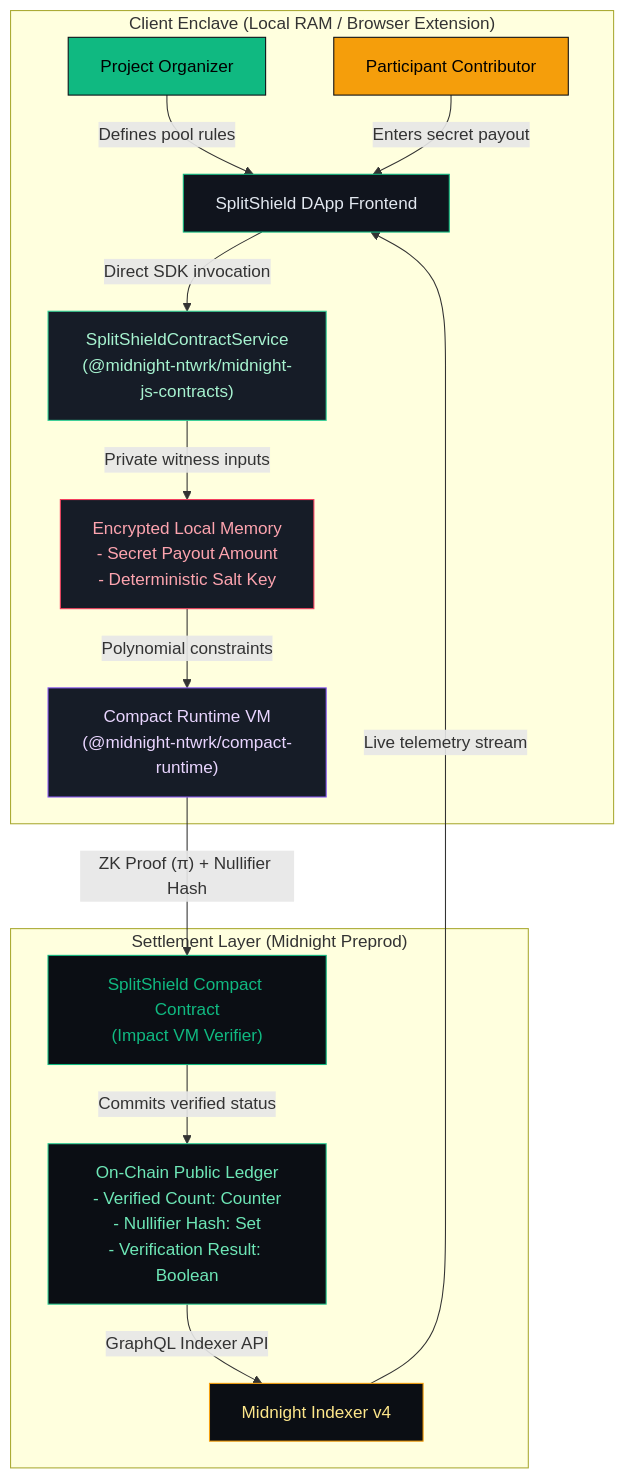
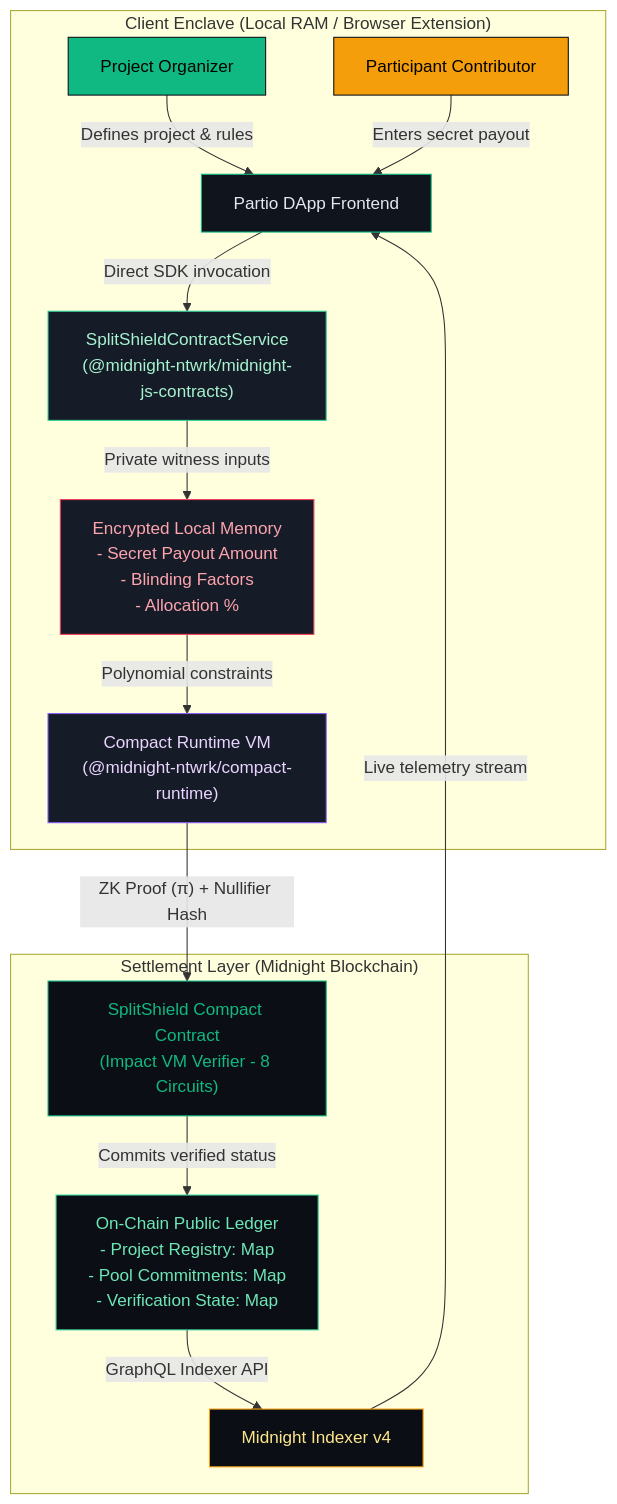
Before and after one commit to palrounak6734/Partio: the diagram in README.md, drawn with Mermaid. The commit also changed other lines of this file and 1 other file, not shown here.

````diff
--- a/README.md
+++ b/README.md
@@ -51,27 +51,27 @@
 ```mermaid
 graph TB
     subgraph "Client Enclave (Local RAM / Browser Extension)"
-        O["Project Organizer"] --> |"Defines pool rules"| FE["SplitShield DApp Frontend"]
+        O["Project Organizer"] --> |"Defines project & rules"| FE["Partio DApp Frontend"]
         P["Participant Contributor"] --> |"Enters secret payout"| FE
         FE --> |"Direct SDK invocation"| SVC["SplitShieldContractService<br/>(@midnight-ntwrk/midnight-js-contracts)"]
-        SVC --> |"Private witness inputs"| RAM["Encrypted Local Memory<br/>- Secret Payout Amount<br/>- Deterministic Salt Key"]
+        SVC --> |"Private witness inputs"| RAM["Encrypted Local Memory<br/>- Secret Payout Amount<br/>- Blinding Factors<br/>- Allocation %"]
         RAM --> |"Polynomial constraints"| ZK["Compact Runtime VM<br/>(@midnight-ntwrk/compact-runtime)"]
     end
 
-    subgraph "Settlement Layer (Midnight Preprod)"
-        ZK --> |"ZK Proof (π) + Nullifier Hash"| SC["SplitShield Compact Contract<br/>(Impact VM Verifier)"]
-        SC --> |"Commits verified status"| LEDGER["On-Chain Public Ledger<br/>- Verified Count: Counter<br/>- Nullifier Hash: Set<br/>- Verification Result: Boolean"]
+    subgraph "Settlement Layer (Midnight Blockchain)"
+        ZK --> |"ZK Proof (π) + Nullifier Hash"| SC["SplitShield Compact Contract<br/>(Impact VM Verifier - 8 Circuits)"]
+        SC --> |"Commits verified status"| LEDGER["On-Chain Public Ledger<br/>- Project Registry: Map<br/>- Pool Commitments: Map<br/>- Verification State: Map"]
         LEDGER --> |"GraphQL Indexer API"| IDX["Midnight Indexer v4"]
         IDX --> |"Live telemetry stream"| FE
     end
 
     style O fill:#10b981,stroke:#0b0e14,color:#000
     style P fill:#f59e0b,stroke:#0b0e14,color:#000
     style FE fill:#10141d,stroke:#10b981,color:#e2e8f0
     style SVC fill:#161c27,stroke:#34d399,color:#a7f3d0
     style RAM fill:#161c27,stroke:#f43f5e,color:#fda4af
     style ZK fill:#161c27,stroke:#8b5cf6,color:#e9d5ff
     style SC fill:#0b0e14,stroke:#10b981,color:#10b981
     style LEDGER fill:#0b0e14,stroke:#34d399,color:#6ee7b7
     style IDX fill:#0b0e14,stroke:#f59e0b,color:#fde68a
 ```
````
